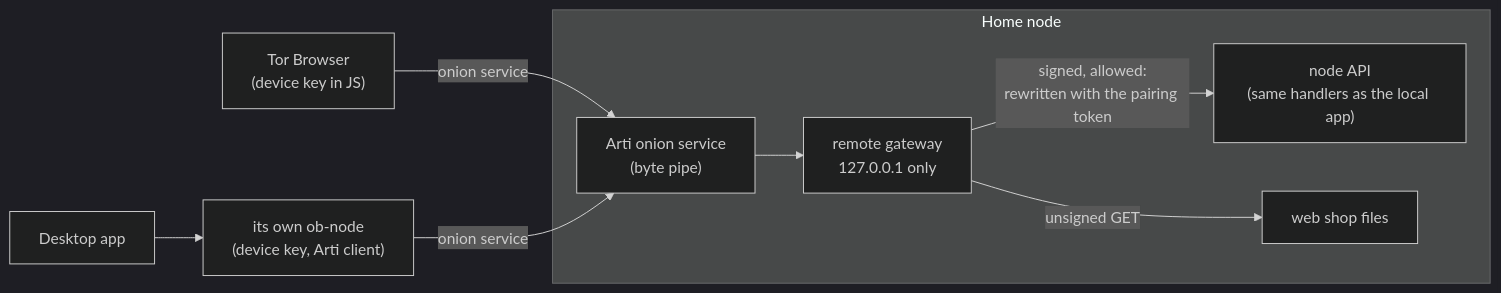
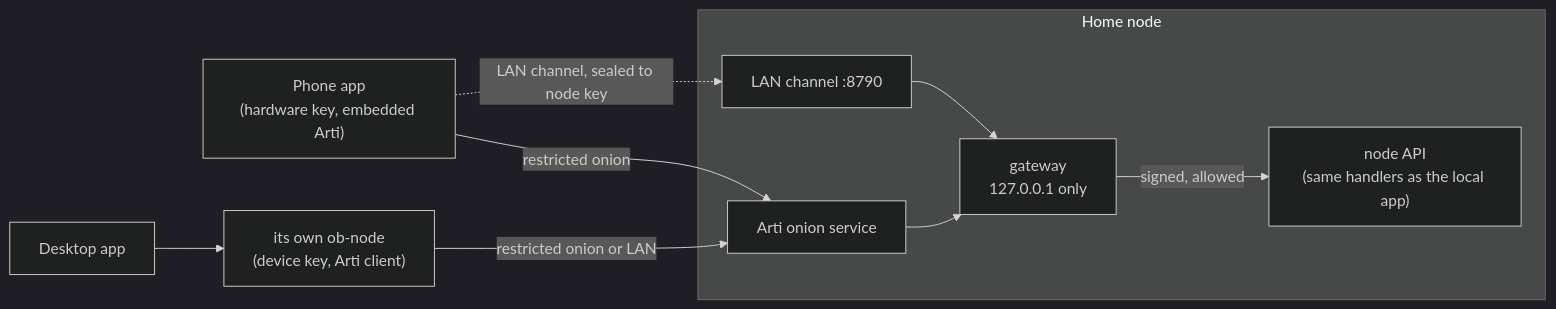
The diagram in docs/home-node.md (OpenBazaar/openbazaar-rs), drawn with Mermaid (dark theme) before and after one commit. The commit also changed other lines of this file and 6 other files, not shown here.

Commit message:
Home node v2 docs, LAN flags in packaging, desktop home mode

````diff
--- a/docs/home-node.md
+++ b/docs/home-node.md
@@ -80,10 +101,11 @@
 ```mermaid
 flowchart LR
-  phone["Tor Browser<br/>(device key in JS)"] -- onion service --> forward
-  app["Desktop app"] --> sidecar["its own ob-node<br/>(device key, Arti client)"] -- onion service --> forward
+  phone["Phone app<br/>(hardware key, embedded Arti)"] -- "restricted onion" --> forward
+  phone -. "LAN channel, sealed to node key" .-> lan
+  app["Desktop app"] --> sidecar["its own ob-node<br/>(device key, Arti client)"] -- "restricted onion or LAN" --> forward
   subgraph home["Home node"]
-    forward["Arti onion service<br/>(byte pipe)"] --> gateway["remote gateway<br/>127.0.0.1 only"]
-    gateway -- "signed, allowed:<br/>rewritten with the pairing token" --> api["node API<br/>(same handlers as the local app)"]
-    gateway -- "unsigned GET" --> web["web shop files"]
+    forward["Arti onion service"] --> gateway["gateway<br/>127.0.0.1 only"]
+    lan["LAN channel :8790"] --> gateway
+    gateway -- "signed, allowed" --> api["node API<br/>(same handlers as the local app)"]
   end
 ```
````
